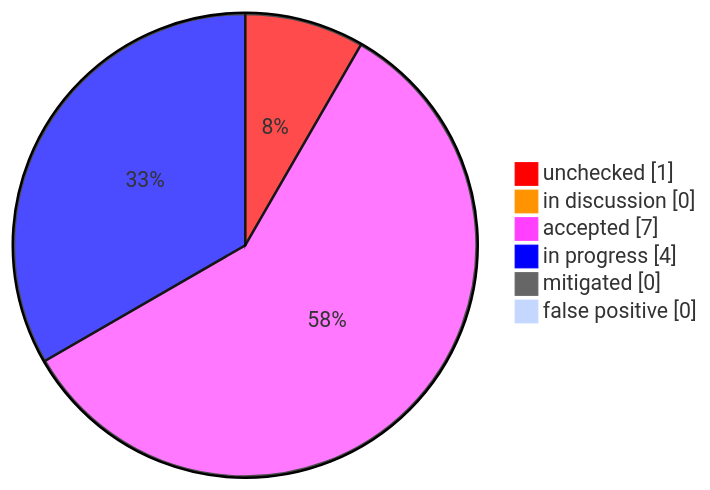
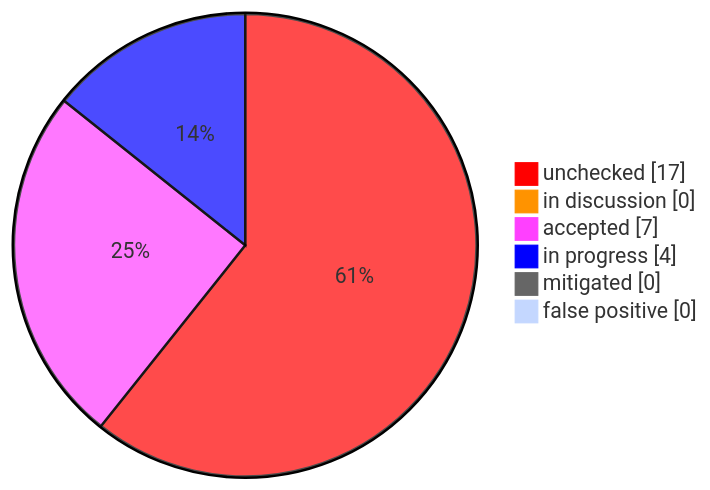
Before and after one commit to Luv1881/Threat-model: the second of 2 diagrams in threagile/output/linddun/adocReport/010_ManagementSummary.adoc, drawn with Mermaid. The commit also changed other lines of this file and 312 other files, not shown here.

```diff
--- a/threagile/output/linddun/adocReport/010_ManagementSummary.adoc
+++ b/threagile/output/linddun/adocReport/010_ManagementSummary.adoc
@@ -35,11 +35,11 @@
 [mermaid]
 ....
 %%{init: {'pie' : {'textPosition' : 0.5}, 'theme': 'base', 'themeVariables': { 'pie1': '#FF0000', 'pie2': '#FF9300', 'pie3': '#FF40FF', 'pie4': '#0000FF', 'pie5': '#008F00', 'pie5': '#666666'}}}%%
 pie showData
-  "unchecked" : 1
+  "unchecked" : 17
   "in discussion" : 0
   "accepted" : 7
   "in progress" : 4
   "mitigated" : 0
   "false positive" : 0
 ....
```
